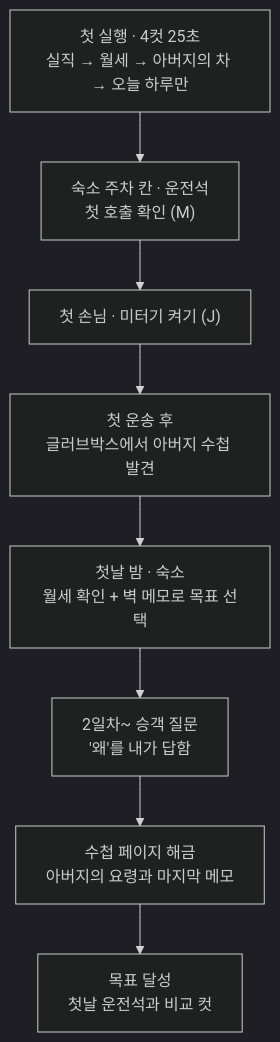
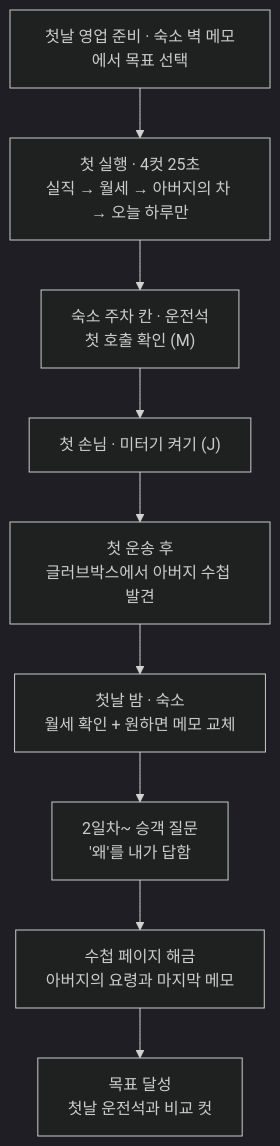
The diagram in docs/content-design/33-backstory-presentation.md (herothgf-cell/project-b), drawn with Mermaid (dark theme) before and after one commit. The commit also changed other lines of this file and 11 other files, not shown here.

````diff
--- a/docs/content-design/33-backstory-presentation.md
+++ b/docs/content-design/33-backstory-presentation.md
@@ -27,10 +27,11 @@
 ```mermaid
 flowchart TD
+  M["첫날 영업 준비 · 숙소 벽 메모에서 목표 선택"] --> A
   A["첫 실행 · 4컷 25초<br/>실직 → 월세 → 아버지의 차 → 오늘 하루만"] --> B["숙소 주차 칸 · 운전석<br/>첫 호출 확인 (M)"]
   B --> C["첫 손님 · 미터기 켜기 (J)"]
   C --> D["첫 운송 후<br/>글러브박스에서 아버지 수첩 발견"]
-  D --> E["첫날 밤 · 숙소<br/>월세 확인 + 벽 메모로 목표 선택"]
+  D --> E["첫날 밤 · 숙소<br/>월세 확인 + 원하면 메모 교체"]
   E --> F["2일차~ 승객 질문<br/>'왜'를 내가 답함"]
   F --> G["수첩 페이지 해금<br/>아버지의 요령과 마지막 메모"]
   G --> H["목표 달성<br/>첫날 운전석과 비교 컷"]
 ```
````
